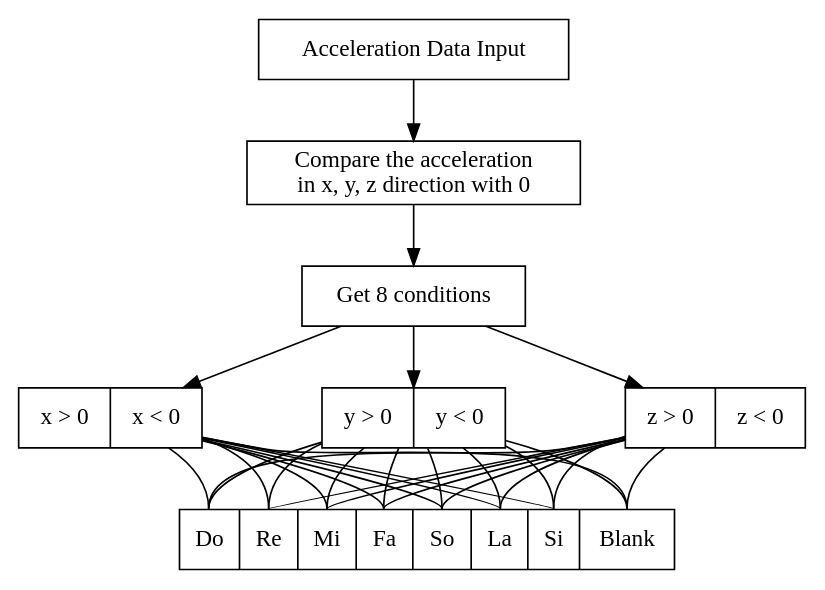
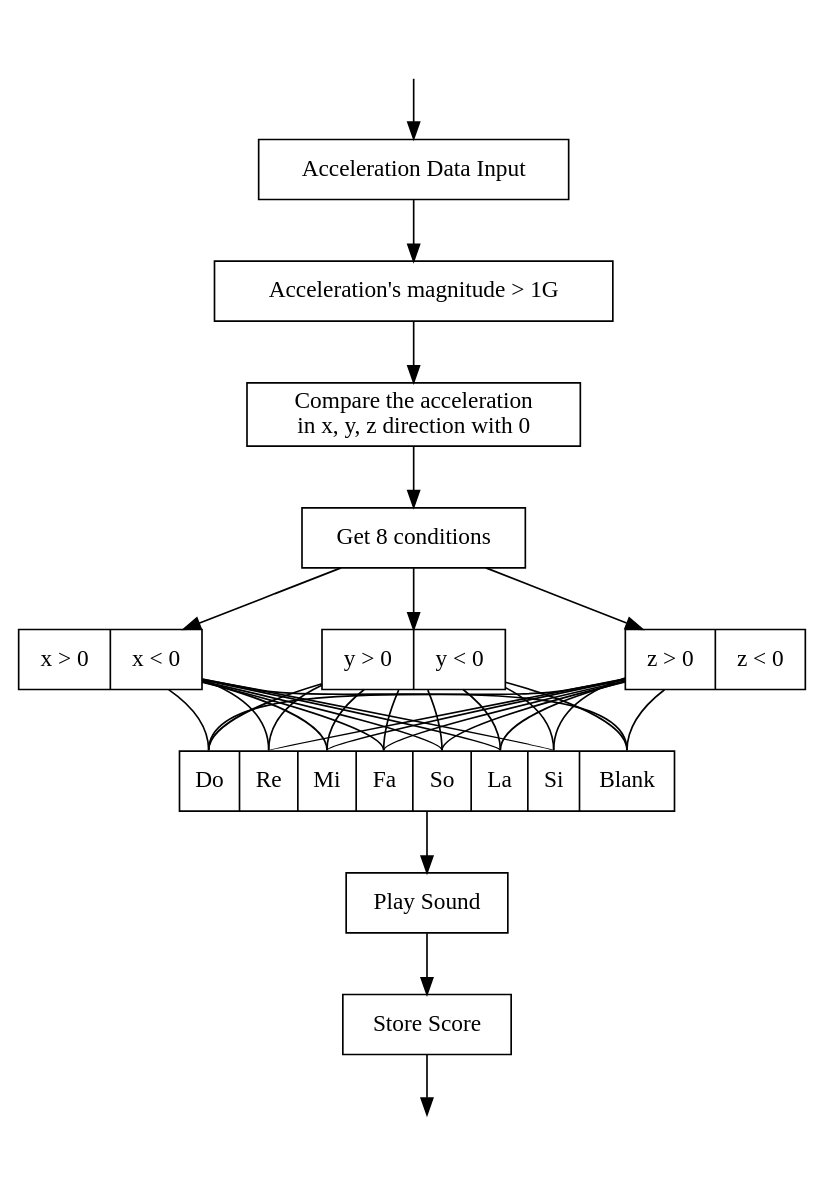
Before and after one commit to iamwrm/VG100_Final_Report: the diagram in figWR/ma.dot, drawn with Graphviz. The commit also changed 6 other files, not shown here.

Commit message:
finish flowchart for mathcer;use minipage for matcher and scaler

```diff
--- a/figWR/ma.dot
+++ b/figWR/ma.dot
@@ -1,50 +1,73 @@
 // Copyright (c) 2017 wangren
 // 
 // This software is released under the MIT License.
 // https://opensource.org/licenses/MIT
 
 
 
 digraph a {
 node[shape=record]
 
-graph [nodesep=1]
+graph [ nodesep=1]
 
 // label="Flow chart of the Index Script"
+
+realstart-> start
+
+realstart[label="",shape=none]
+
 start[label="Acceleration Data Input"]
+
+start->c0
+
+c0 [label="Acceleration's magnitude \> 1G"]
 
 c1[label="Compare the acceleration\n in x, y, z direction with 0"]
 
-start->c1
+c0->c1
 
 c2 [label="Get 8 conditions"]
 
 c1->c2
 
 c3 [label=" <s1>x \> 0 | <s2> x \< 0 "];
 c4 [label=" <s1>y \> 0 | <s2> y \< 0 "];
 c5 [label=" <s1>z \> 0 | <s2> z \< 0 "];
  
 c2->c3
 c2->c4
 c2->c5
 
 result [label = "<d1>Do|<d2>Re|<d3>Mi|<d4>Fa|<d5>So|<d6>La|<d7>Si|<d8>Blank"]
 
 
 {
 	edge[dir=none]
 
 	{c3:s1,c4:s1,c5:s1}->result:d1;
 	{c3:s1,c4:s2,c5:s1}->result:d2;
 	{c3:s2,c4:s1,c5:s1}->result:d3;
 	{c3:s2,c4:s2,c5:s1}->result:d4;
 	{c3:s1,c4:s1,c5:s2}->result:d5;
 	{c3:s1,c4:s2,c5:s2}->result:d6;
 	{c3:s2,c4:s1,c5:s2}->result:d7;
 	{c3:s2,c4:s2,c5:s2}->result:d8;
 	}
 
+result-> play
+
+play[label="Play Sound"]
+
+play -> store
+
+store[label="Store Score"]
+
+store-> end
+
+end[shape=none,label=""]
+
+
+
 
 
 }
```
